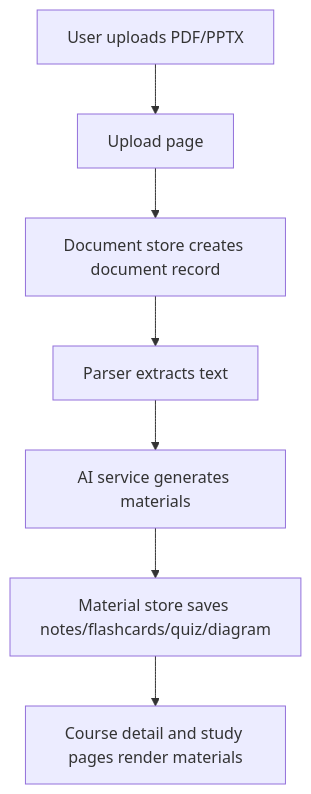
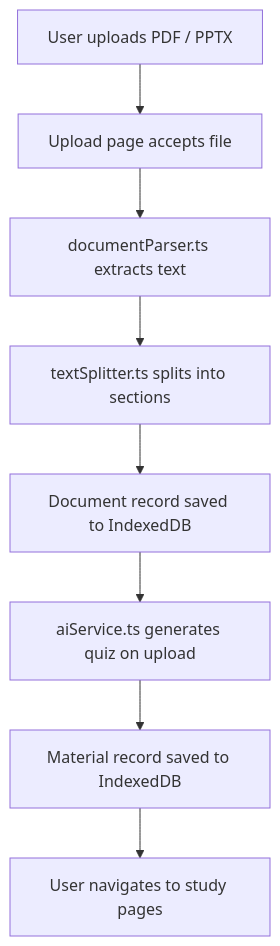
One commit to SoumiryaSarangi/ExamPrep-AI changed the second of 4 diagrams in docs/ARCHITECTURE.md. Above: the diagram before and after it, drawn with Mermaid. The commit also changed other lines of this file and 12 other files, not shown here.

````diff
--- a/docs/ARCHITECTURE.md
+++ b/docs/ARCHITECTURE.md
@@ -52,9 +120,10 @@
 ```mermaid
 flowchart TD
-    A[User uploads PDF/PPTX] --> B[Upload page]
-    B --> C[Document store creates document record]
-    C --> D[Parser extracts text]
-    D --> E[AI service generates materials]
-    E --> F[Material store saves notes/flashcards/quiz/diagram]
-    F --> G[Course detail and study pages render materials]
+    A[User uploads PDF / PPTX] --> B[Upload page accepts file]
+    B --> C[documentParser.ts extracts text]
+    C --> D[textSplitter.ts splits into sections]
+    D --> E[Document record saved to IndexedDB]
+    E --> F[aiService.ts generates quiz on upload]
+    F --> G[Material record saved to IndexedDB]
+    G --> H[User navigates to study pages]
 ```
````
